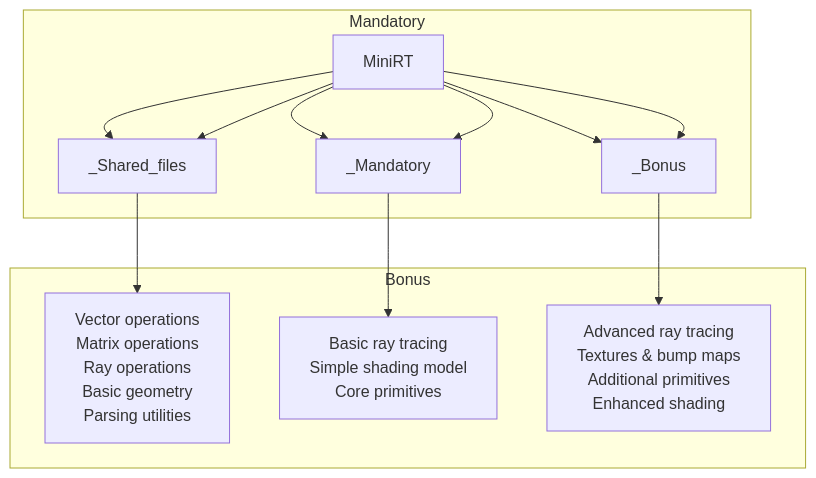
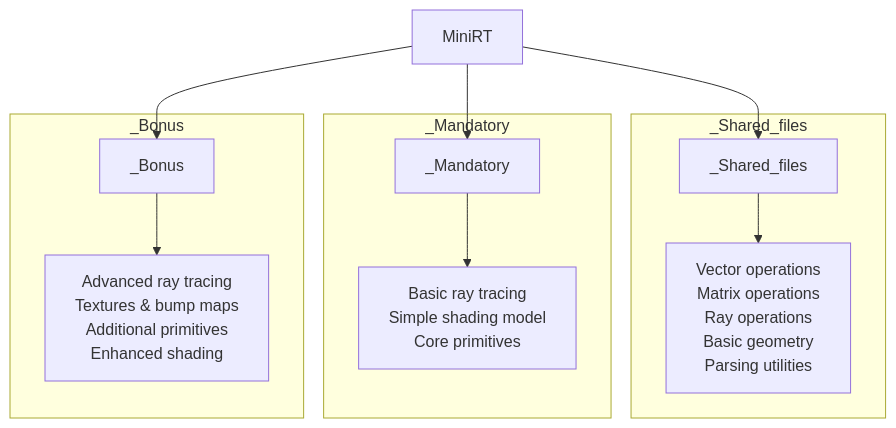
Before and after one commit to moh3333/minirt: the diagram in README.md, drawn with Mermaid.

````diff
--- a/README.md
+++ b/README.md
@@ -21,35 +21,29 @@
 ```mermaid
 
 flowchart TD
     A[MiniRT] --> B[_Shared_files]
     A[MiniRT] --> C[_Mandatory]
     A[MiniRT] --> D[_Bonus]
 
-    subgraph Mandatory
-        A --> B
-        A --> C
-        A --> D
-    end
-
-    subgraph Bonus
+    subgraph _Shared_files
     B --> 1[Vector operations
     Matrix operations
     Ray operations
     Basic geometry
     Parsing utilities]
     end
 
-    subgraph Bonus
+    subgraph _Mandatory
     C --> 2[Basic ray tracing
     Simple shading model
     Core primitives]
     end
 
-    subgraph Bonus
+    subgraph _Bonus
     D --> 3[Advanced ray tracing
     Textures & bump maps
     Additional primitives
     Enhanced shading]
     end
 
 ```
````
